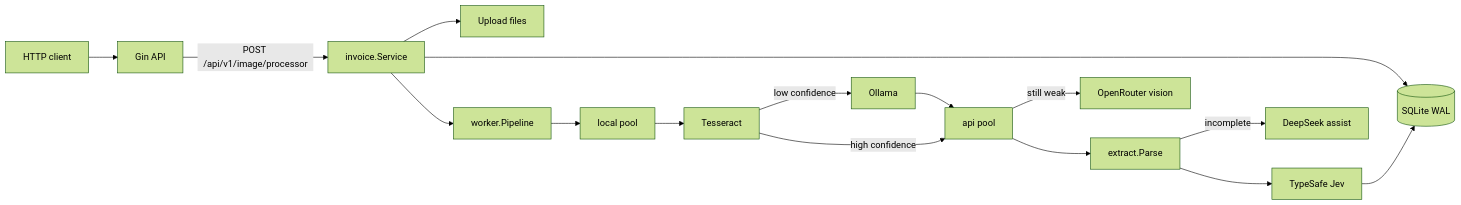
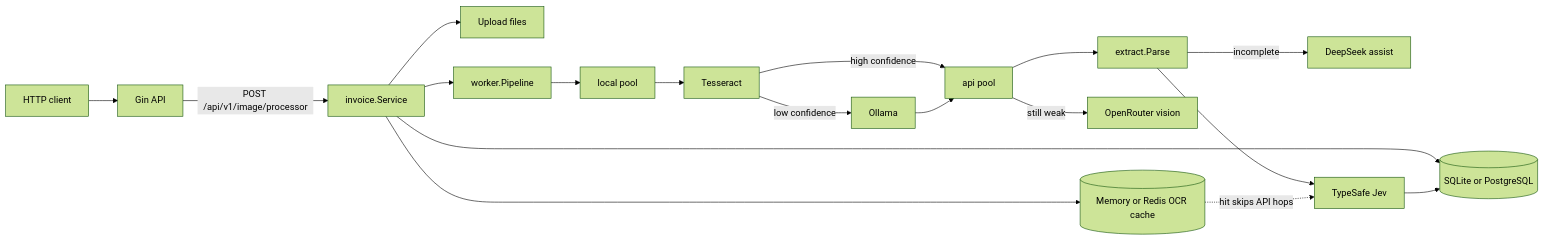
The diagram in README.md (koller-nexus/invoice-ocr-poc), drawn with Mermaid (forest theme) before and after one commit. The commit also changed other lines of this file and 1 other file, not shown here.

Commit message:
docs: refresh README with architecture v3 and add architecture diagram (PostgreSQL + Redis) (#3)

````diff
--- a/README.md
+++ b/README.md
@@ -13,18 +30,20 @@
 ```mermaid
 flowchart LR
   client[HTTP client] --> gin[Gin API]
   gin -->|"POST /api/v1/image/processor"| svc[invoice.Service]
   svc --> disk[Upload files]
-  svc --> db[(SQLite WAL)]
+  svc --> db[(SQLite or PostgreSQL)]
+  svc --> cache[(Memory or Redis OCR cache)]
   svc --> pipe[worker.Pipeline]
   pipe --> local[local pool]
   local --> tess[Tesseract]
   tess -->|low confidence| ollama[Ollama]
   tess -->|high confidence| api[api pool]
   ollama --> api
   api -->|still weak| orVision[OpenRouter vision]
   api --> parse[extract.Parse]
   parse -->|incomplete| assist[DeepSeek assist]
   parse --> jev[TypeSafe Jev]
   jev --> db
+  cache -.->|hit skips API hops| jev
 ```
````
